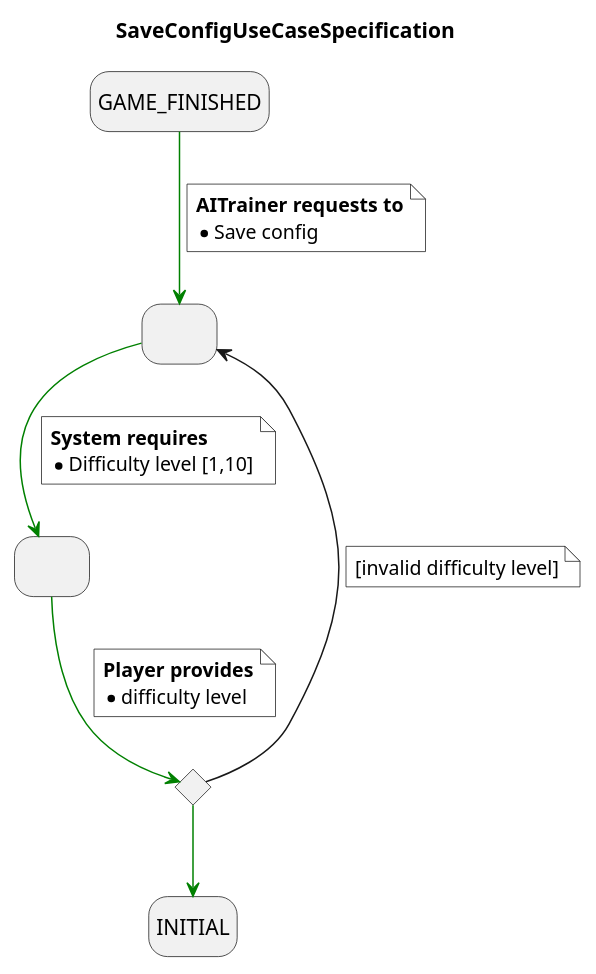
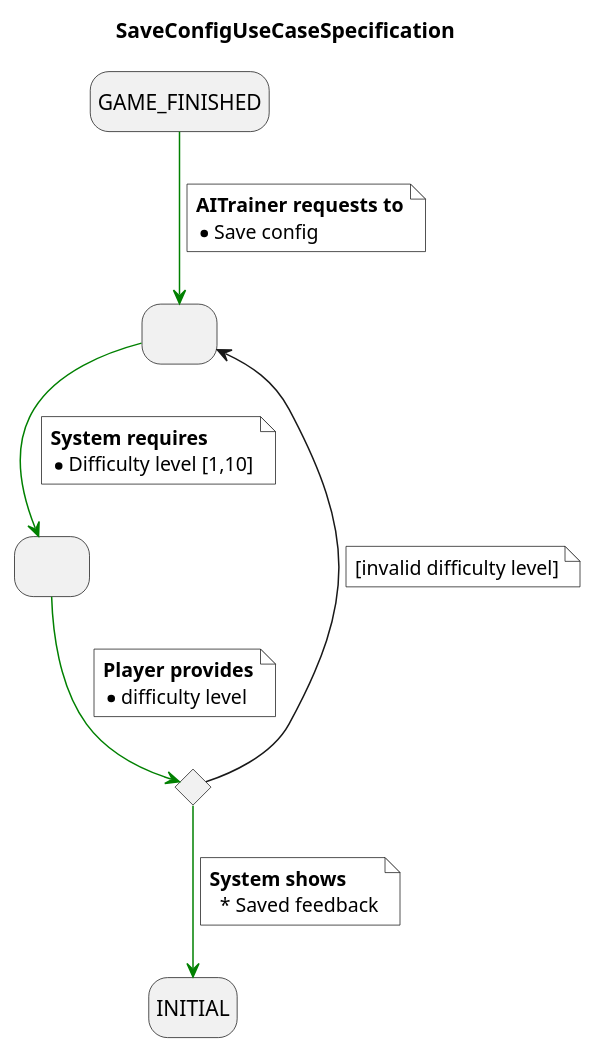
Before and after one commit to Master-Desarrollo-20-21/patrones-diseno---practica-final---juego-de-las-damas-fraylopez: the diagram in docs/src/use-cases/specification/save-config-spec.plantuml, drawn with PlantUML.

Commit message:
add note on save spec

```diff
--- a/docs/src/use-cases/specification/save-config-spec.plantuml
+++ b/docs/src/use-cases/specification/save-config-spec.plantuml
@@ -1,35 +1,39 @@
 @startuml SaveConfigUseCaseSpecification
 title SaveConfigUseCaseSpecification
 skinparam NoteBackgroundColor white
 hide empty description
 
 state startedGame as " "
 state numberOfPlayers as " "
 state ifValidDifficultyLevel <<choice>>
 
 GAME_FINISHED -[#green]-> startedGame
 note on link #white
   <b>AITrainer requests to
   * Save config
 end note
 
 startedGame -[#green]-> numberOfPlayers
 note on link
   <b>System requires
   * Difficulty level [1,10]
 end note
 
 numberOfPlayers -[#green]-> ifValidDifficultyLevel
 note on link
   <b>Player provides
   * difficulty level
 end note
 
 ifValidDifficultyLevel --> startedGame
 note on link
   [invalid difficulty level]
 end note
 
 ifValidDifficultyLevel -[#green]-> INITIAL
+note on link
+<b>System shows
+  * Saved feedback
+end note
 
 @enduml
```
